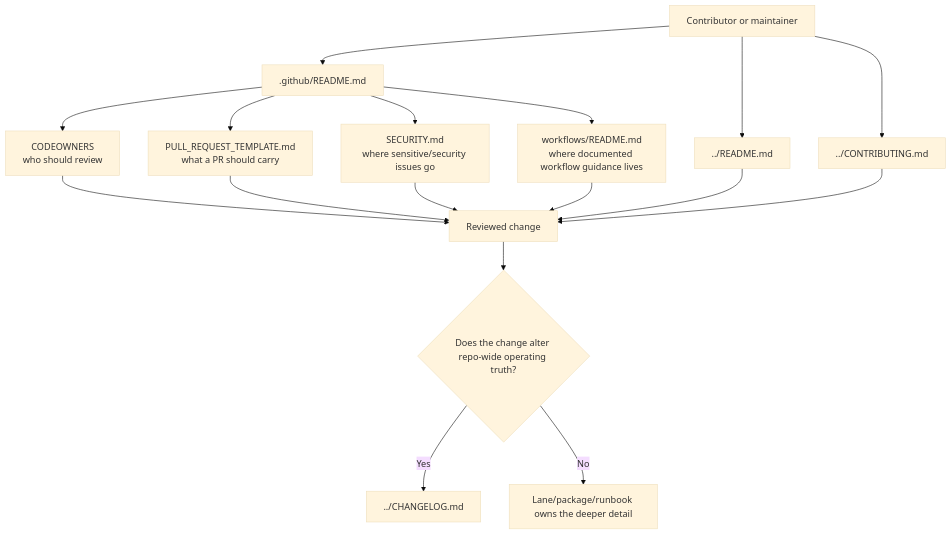
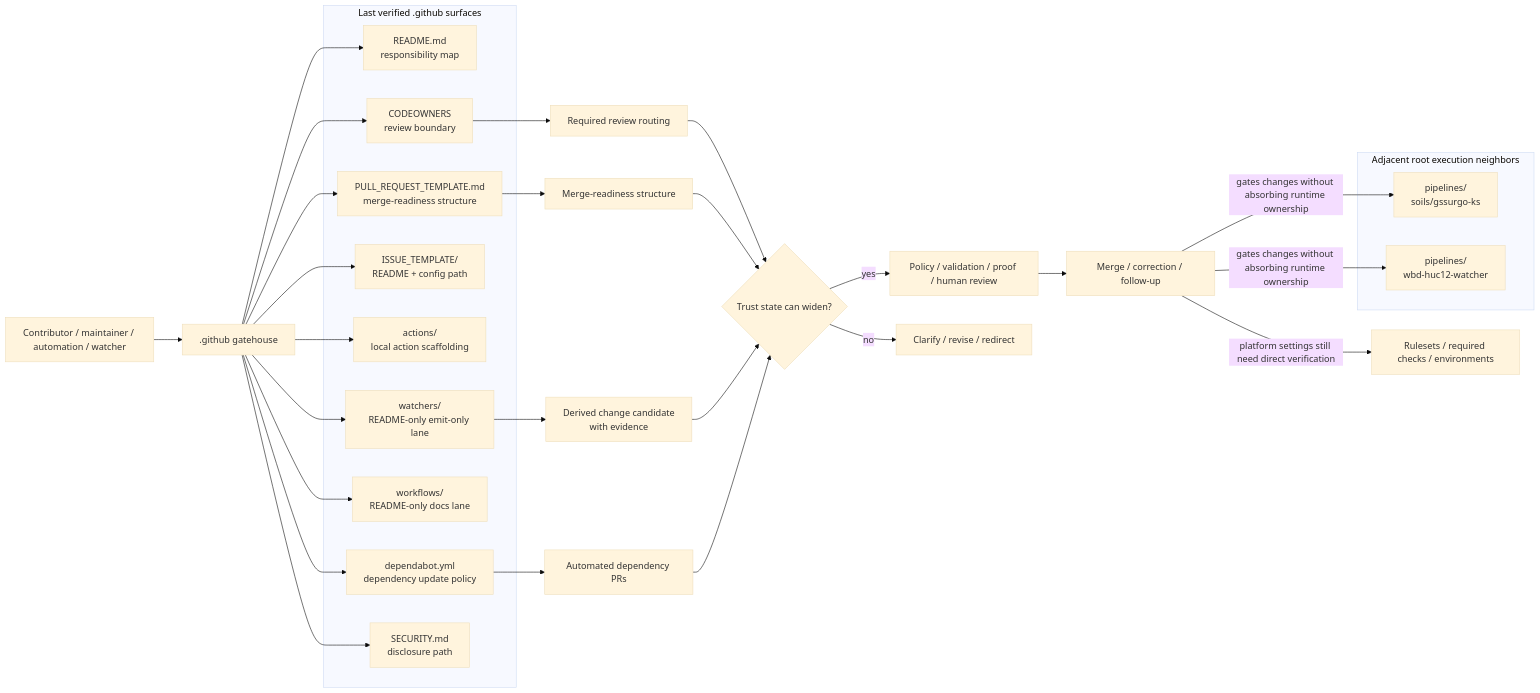
The diagram in .github/README.md (bartytime4life/Kansas-Frontier-Matrix), drawn with Mermaid (base theme) before and after one commit. The commit also changed other lines of this file, not shown here.

First line of the commit message:
Revise .github README for governance updates

````diff
--- a/.github/README.md
+++ b/.github/README.md
@@ -210,22 +294,50 @@
 ```mermaid
-flowchart TD
-    A[Contributor or maintainer] --> B[.github/README.md]
-    B --> C[CODEOWNERS<br/>who should review]
-    B --> D[PULL_REQUEST_TEMPLATE.md<br/>what a PR should carry]
-    B --> E[SECURITY.md<br/>where sensitive/security issues go]
-    B --> F[workflows/README.md<br/>where documented workflow guidance lives]
+flowchart LR
+    A[Contributor / maintainer / automation / watcher] --> B[.github gatehouse]
 
-    A --> G[../README.md]
-    A --> H[../CONTRIBUTING.md]
+    subgraph G["Last verified .github surfaces"]
+      G1["README.md<br/>responsibility map"]
+      G2["CODEOWNERS<br/>review boundary"]
+      G3["PULL_REQUEST_TEMPLATE.md<br/>merge-readiness structure"]
+      G4["ISSUE_TEMPLATE/<br/>README + config path"]
+      G5["actions/<br/>local action scaffolding"]
+      G6["watchers/<br/>README-only emit-only lane"]
+      G7["workflows/<br/>README-only docs lane"]
+      G8["dependabot.yml<br/>dependency update policy"]
+      G9["SECURITY.md<br/>disclosure path"]
+    end
 
-    C --> I[Reviewed change]
-    D --> I
-    E --> I
-    F --> I
-    G --> I
-    H --> I
+    B --> G1
+    B --> G2
+    B --> G3
+    B --> G4
+    B --> G5
+    B --> G6
+    B --> G7
+    B --> G8
+    B --> G9
 
-    I --> J{Does the change alter repo-wide operating truth?}
-    J -- Yes --> K[../CHANGELOG.md]
-    J -- No --> L[Lane/package/runbook owns the deeper detail]
+    G2 --> H[Required review routing]
+    G3 --> I[Merge-readiness structure]
+    G6 --> J[Derived change candidate<br/>with evidence]
+    G8 --> K[Automated dependency PRs]
+
+    H --> M{Trust state can widen?}
+    I --> M
+    J --> M
+    K --> M
+
+    M -->|yes| N[Policy / validation / proof / human review]
+    M -->|no| O[Clarify / revise / redirect]
+
+    N --> P[Merge / correction / follow-up]
+
+    subgraph R["Adjacent root execution neighbors"]
+      R1["pipelines/<br/>soils/gssurgo-ks"]
+      R2["pipelines/<br/>wbd-huc12-watcher"]
+    end
+
+    P -->|"gates changes without absorbing runtime ownership"| R1
+    P -->|"gates changes without absorbing runtime ownership"| R2
+    P -->|"platform settings still need direct verification"| Q[Rulesets / required checks / environments]
 ```
````
